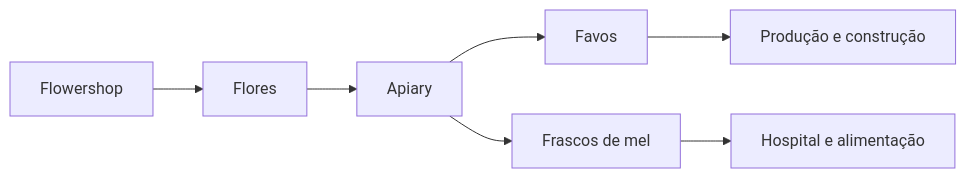
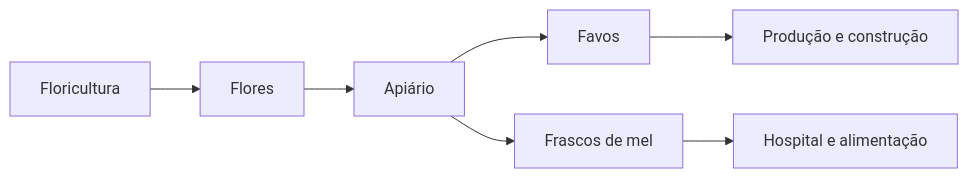
One commit to addandias/minecolonies-vault changed the diagram in content/06 - Recursos e Produção/Apicultura e produção de mel.md. Above: the diagram before and after it, drawn with Mermaid. The commit also changed other lines of this file and 127 other files, not shown here.

````diff
--- a/content/06 - Recursos e Produção/Apicultura e produção de mel.md
+++ b/content/06 - Recursos e Produção/Apicultura e produção de mel.md
@@ -10,9 +10,9 @@
 ```mermaid
 flowchart LR
-    A["Flowershop"] --> B["Flores"]
-    B --> C["Apiary"]
+    A["Floricultura"] --> B["Flores"]
+    B --> C["Apiário"]
     C --> D["Favos"]
     C --> E["Frascos de mel"]
     D --> F["Produção e construção"]
     E --> G["Hospital e alimentação"]
 ```
````
